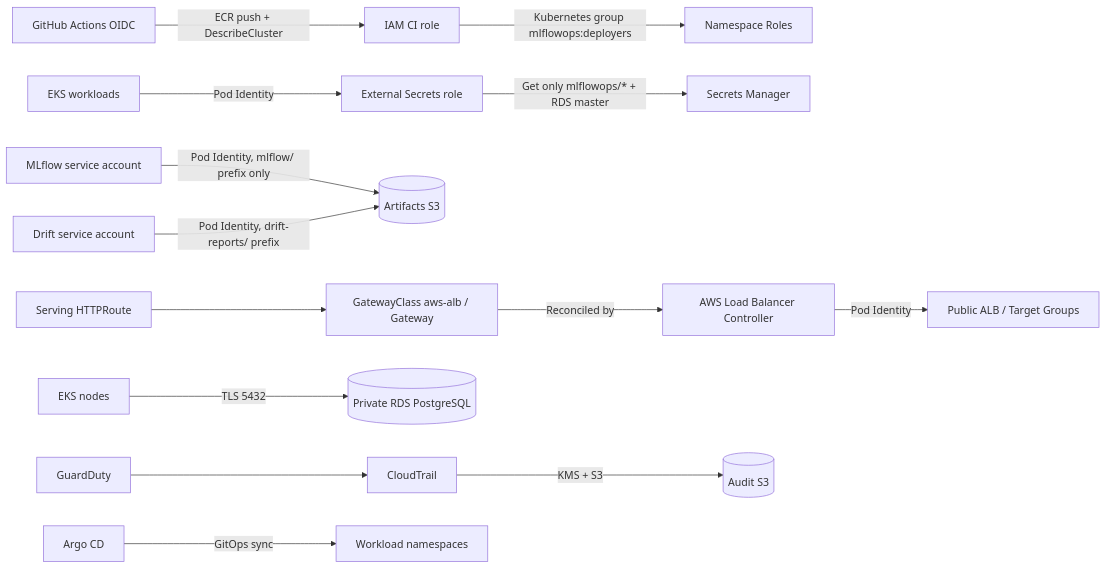
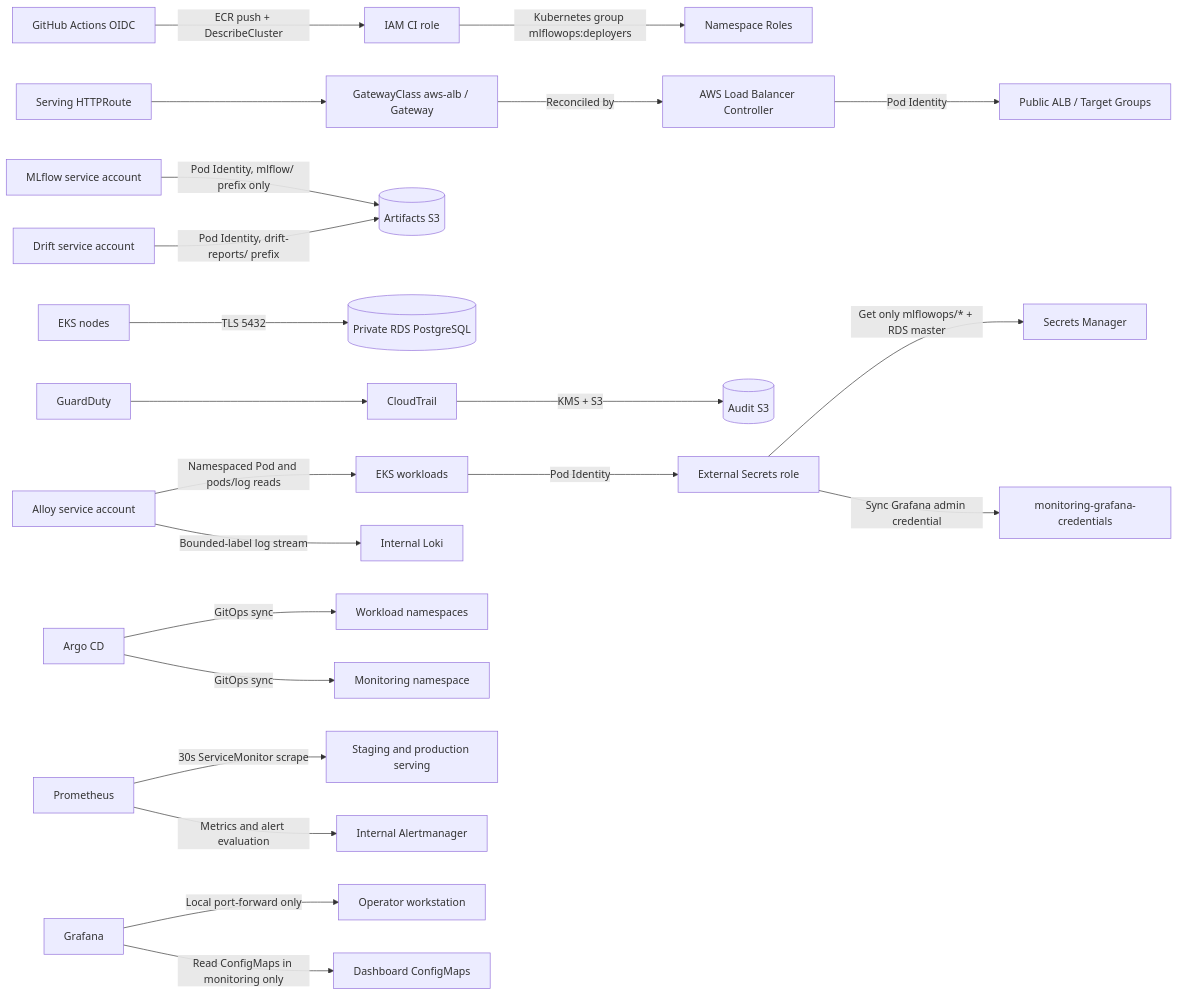
The diagram in docs/trust-boundaries.mmd (Denxeromeden/taskly), drawn with Mermaid before and after one commit. The commit also changed 29 other files, not shown here.

First line of the commit message:
feat: add full MLflowOps monitoring stack

```diff
--- a/docs/trust-boundaries.mmd
+++ b/docs/trust-boundaries.mmd
@@ -1,14 +1,22 @@
 flowchart LR
   GH[GitHub Actions OIDC] -->|ECR push + DescribeCluster| GHA[IAM CI role]
   GHA -->|Kubernetes group mlflowops:deployers| RBAC[Namespace Roles]
   K8S[EKS workloads] -->|Pod Identity| ESO[External Secrets role]
   ESO -->|Get only mlflowops/* + RDS master| SM[Secrets Manager]
+  ESO -->|Sync Grafana admin credential| GRAF_SECRET[monitoring-grafana-credentials]
   MF[MLflow service account] -->|Pod Identity, mlflow/ prefix only| S3[(Artifacts S3)]
   DR[Drift service account] -->|Pod Identity, drift-reports/ prefix| S3
   ROUTE[Serving HTTPRoute] --> GW[GatewayClass aws-alb / Gateway]
   GW -->|Reconciled by| ALB[AWS Load Balancer Controller]
   ALB -->|Pod Identity| ELB[Public ALB / Target Groups]
   EKS[EKS nodes] -->|TLS 5432| RDS[(Private RDS PostgreSQL)]
   CT[CloudTrail] -->|KMS + S3| AUDIT[(Audit S3)]
   GD[GuardDuty] --> CT
   ARGO[Argo CD] -->|GitOps sync| APP[Workload namespaces]
+  ARGO -->|GitOps sync| MON[Monitoring namespace]
+  PROM[Prometheus] -->|30s ServiceMonitor scrape| SERV[Staging and production serving]
+  ALLOY[Alloy service account] -->|Namespaced Pod and pods/log reads| K8S
+  ALLOY -->|Bounded-label log stream| LOKI[Internal Loki]
+  GRAF[Grafana] -->|Local port-forward only| OP[Operator workstation]
+  GRAF -->|Read ConfigMaps in monitoring only| CFG[Dashboard ConfigMaps]
+  PROM -->|Metrics and alert evaluation| AM[Internal Alertmanager]
```
